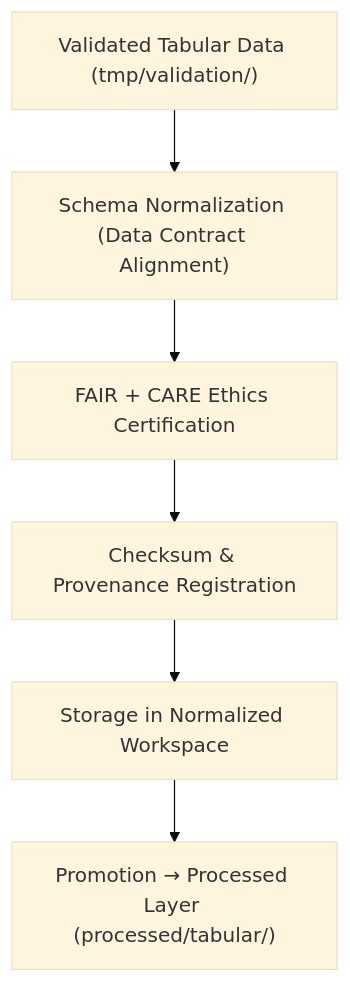
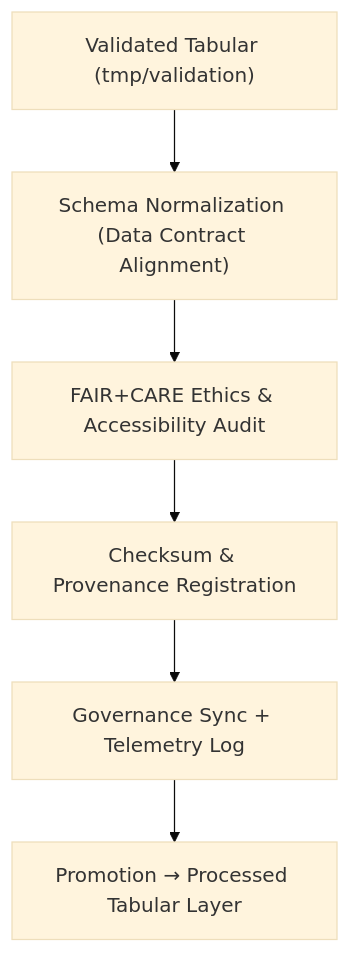
Before and after one commit to bartytime4life/Kansas-Frontier-Matrix: the diagram in data/work/staging/tabular/normalized/README.md, drawn with Mermaid (base theme). The commit also changed other lines of this file, not shown here.

````diff
--- a/data/work/staging/tabular/normalized/README.md
+++ b/data/work/staging/tabular/normalized/README.md
@@ -64,8 +60,8 @@
 ```mermaid
 flowchart TD
-    A["Validated Tabular Data (tmp/validation/)"] --> B["Schema Normalization (Data Contract Alignment)"]
-    B --> C["FAIR + CARE Ethics Certification"]
-    C --> D["Checksum & Provenance Registration"]
-    D --> E["Storage in Normalized Workspace"]
-    E --> F["Promotion → Processed Layer (processed/tabular/)"]
+  A["Validated Tabular (tmp/validation)"] --> B["Schema Normalization (Data Contract Alignment)"]
+  B --> C["FAIR+CARE Ethics & Accessibility Audit"]
+  C --> D["Checksum & Provenance Registration"]
+  D --> E["Governance Sync + Telemetry Log"]
+  E --> F["Promotion → Processed Tabular Layer"]
 ```
````
